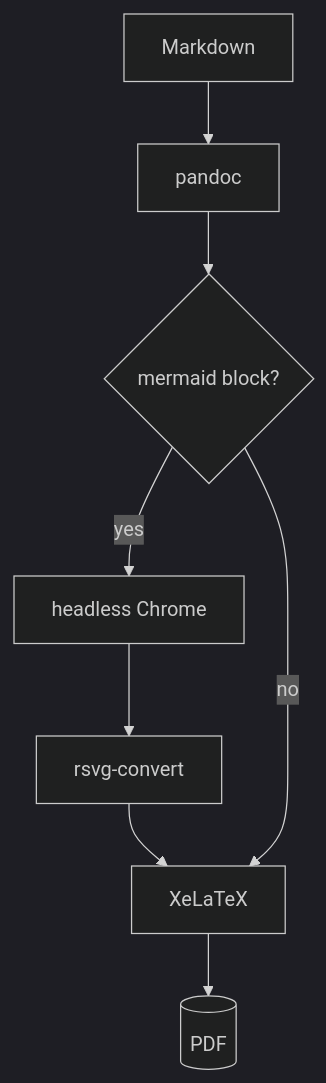
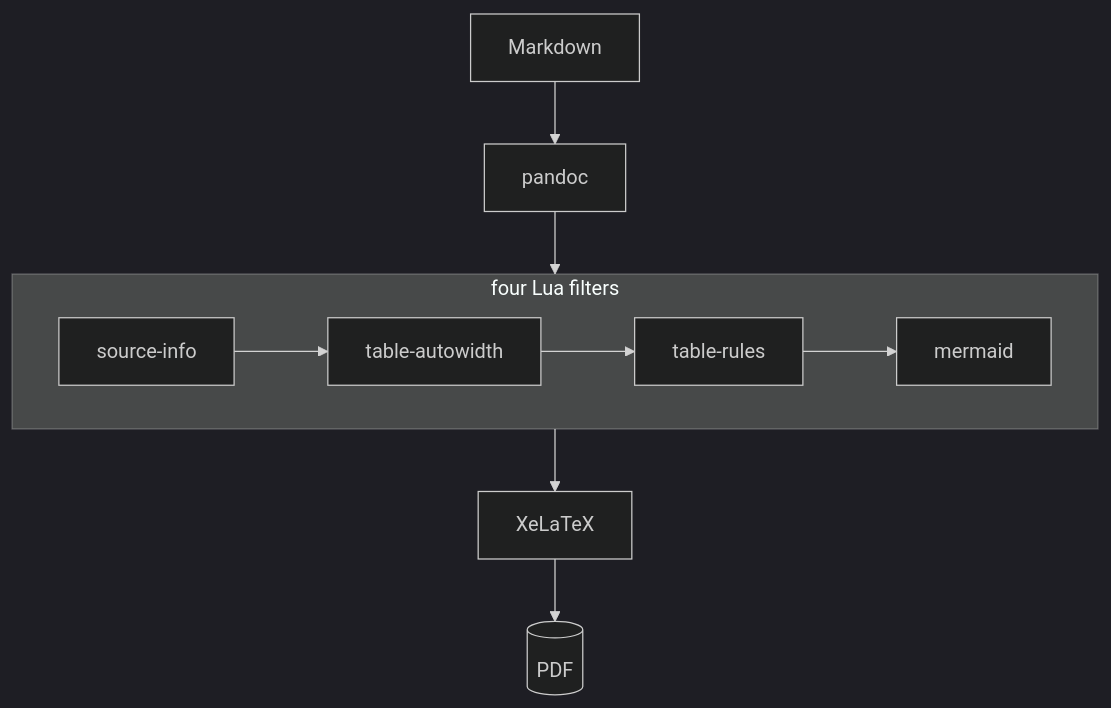
Before and after one commit to mitja/pandoc-pdf: the first of 3 diagrams in example/showcase.md, drawn with Mermaid (dark theme). The commit also changed other lines of this file and 1 other file, not shown here.

````diff
--- a/example/showcase.md
+++ b/example/showcase.md
@@ -45,10 +35,11 @@
 ```mermaid
 flowchart TD
   MD[Markdown] --> P[pandoc]
-  P --> Q{mermaid block?}
-  Q -->|yes| C[headless Chrome]
-  C --> R[rsvg-convert]
-  R --> X[XeLaTeX]
-  Q -->|no| X
-  X --> OUT[(PDF)]
+  P --> F
+  subgraph F [four Lua filters]
+    direction LR
+    SI[source-info] --> TW[table-autowidth] --> TR[table-rules] --> MM[mermaid]
+  end
+  F --> X[XeLaTeX]
+  X --> PDF[(PDF)]
 ```
````
